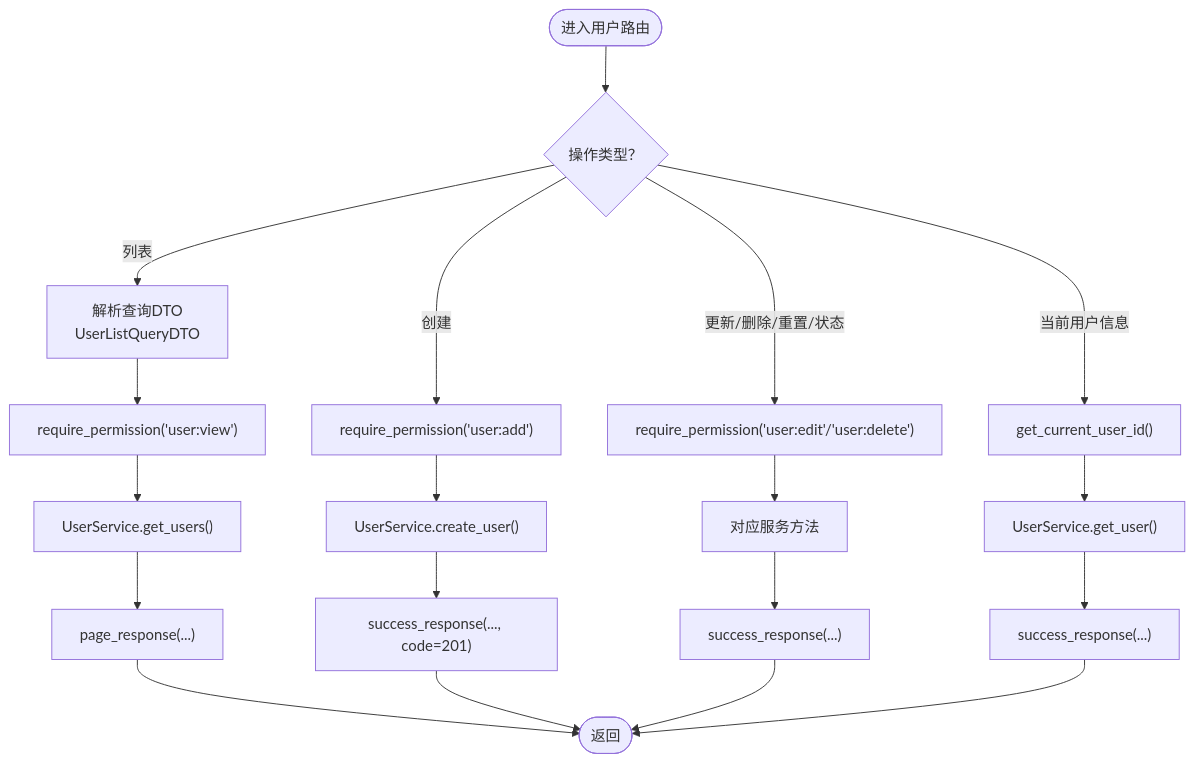
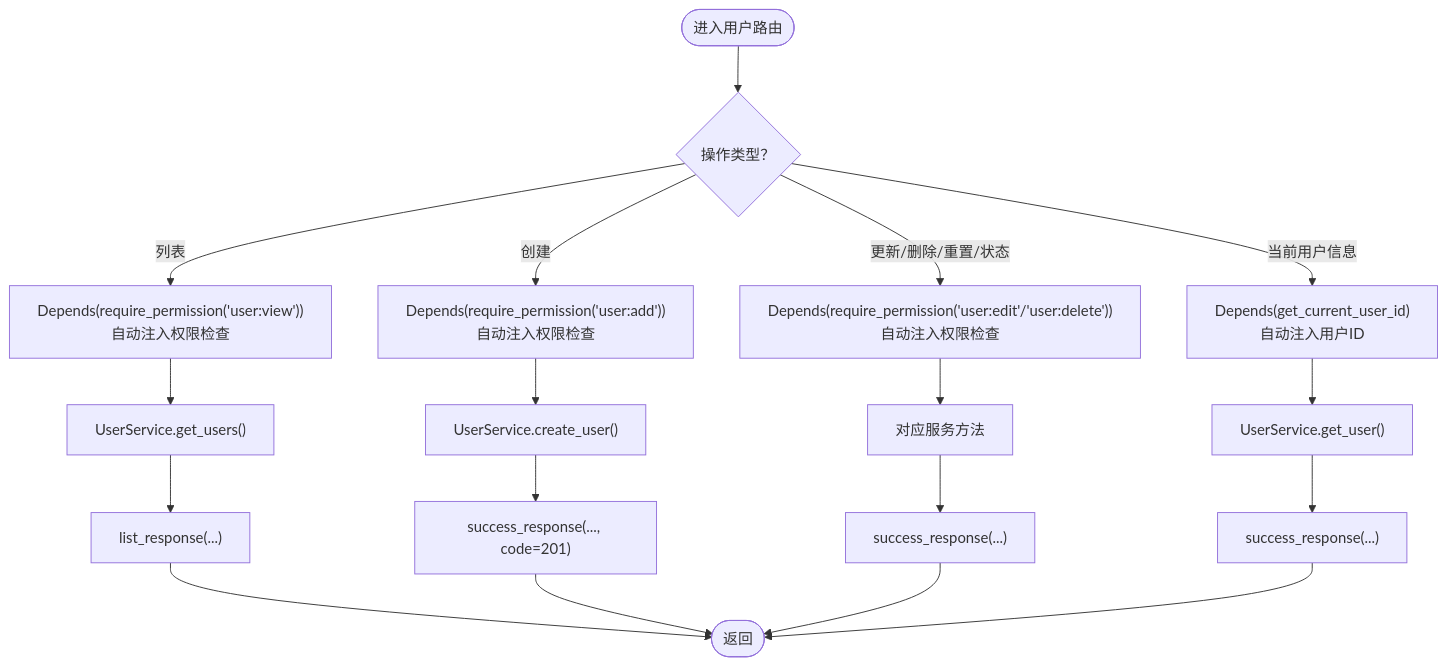
The fourth of 9 diagrams in .qoder/repowiki/zh/content/后端架构设计/DDD 分层架构详解/表现层（API Routes）.md (taoweidong/Hello-FastApi), drawn with Mermaid before and after one commit. The commit also changed other lines of this file and 18 other files, not shown here.

````diff
--- a/.qoder/repowiki/zh/content/后端架构设计/DDD 分层架构详解/表现层（API Routes）.md
+++ b/.qoder/repowiki/zh/content/后端架构设计/DDD 分层架构详解/表现层（API Routes）.md
@@ -196,21 +220,20 @@
 ```mermaid
 flowchart TD
 Start(["进入用户路由"]) --> Op{"操作类型？"}
-Op --> |列表| Q["解析查询DTO<br/>UserListQueryDTO"]
-Q --> P["require_permission('user:view')"]
-P --> S["UserService.get_users()"]
-S --> R1["page_response(...)"]
-Op --> |创建| C["require_permission('user:add')"]
+Op --> |列表| Q["Depends(require_permission('user:view'))<br/>自动注入权限检查"]
+Q --> S["UserService.get_users()"]
+S --> R1["list_response(...)"]
+Op --> |创建| C["Depends(require_permission('user:add'))<br/>自动注入权限检查"]
 C --> S2["UserService.create_user()"]
 S2 --> R2["success_response(..., code=201)"]
-Op --> |更新/删除/重置/状态| Perm["require_permission('user:edit'/'user:delete')"]
+Op --> |更新/删除/重置/状态| Perm["Depends(require_permission('user:edit'/'user:delete'))<br/>自动注入权限检查"]
 Perm --> S3["对应服务方法"]
 S3 --> R3["success_response(...)"]
-Op --> |当前用户信息| U["get_current_user_id()"]
+Op --> |当前用户信息| U["Depends(get_current_user_id)<br/>自动注入用户ID"]
 U --> S4["UserService.get_user()"]
 S4 --> R4["success_response(...)"]
 R1 --> End(["返回"])
 R2 --> End
 R3 --> End
 R4 --> End
 ```
````
